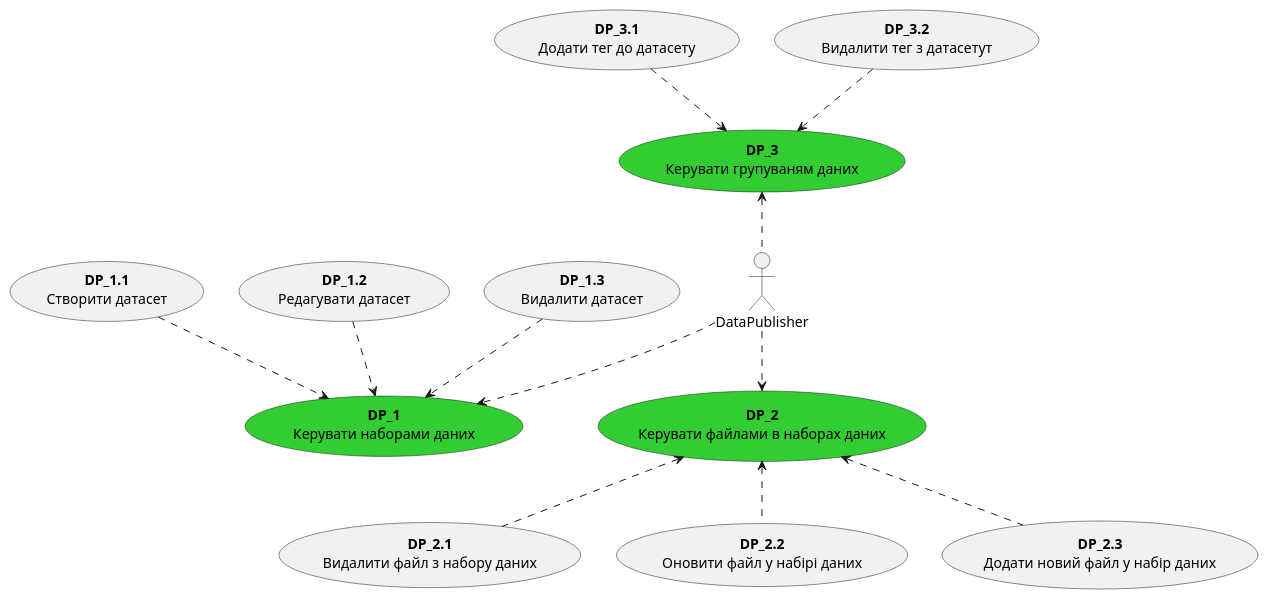
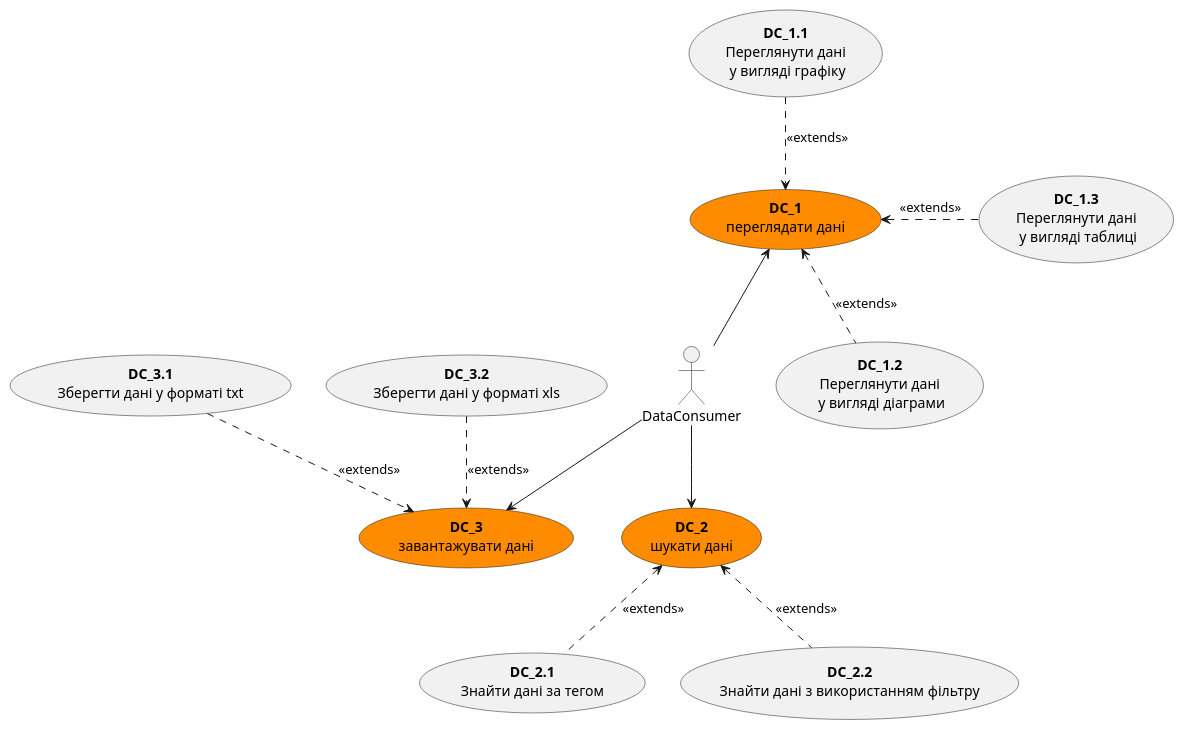
Before and after one commit to boldak/edu-db-cw: the second of 13 diagrams in docs/use cases/README.md, drawn with PlantUML. The commit also changed other lines of this file and 2 other files, not shown here.

Commit message:
files added to main readme file, all diagrams together, diagrams arrows fixed

```diff
--- a/docs/use cases/README.md
+++ b/docs/use cases/README.md
@@ -46,43 +52,40 @@
 @startuml
 
-  actor DataPublisher
+actor DataConsumer
   
-  usecase Dmanage1 as "<b>DP_1</b>\nКерувати наборами даних" #32CD32
-  usecase Dmanage1_1 as "<b>DP_1.1</b>\nСтворити датасет"
-  usecase Dmanage1_2 as "<b>DP_1.2</b>\nРедагувати датасет"
-  usecase Dmanage1_3 as "<b>DP_1.3</b>\nВидалити датасет"
+  usecase Duse1 as "<b>DC_1</b>\nпереглядати данi" #FF8C00
+  usecase Duse2 as "<b>DC_2</b>\nшукати данi" #FF8C00
+  usecase Duse3 as "<b>DC_3</b>\nзавантажувати данi" #FF8C00
+  
+  usecase Duse1_1 as "<b>DC_1.1</b>\nПереглянути дані\n у вигляді графіку"
+  usecase Duse1_2 as "<b>DC_1.2</b>\nПереглянути дані\n у вигляді діаграми"
+  usecase Duse1_3 as "<b>DC_1.3</b>\nПереглянути дані\n у вигляді таблиці"
+  
+  usecase Duse2_1 as "<b>DC_2.1</b>\nЗнайти дані за тегом"
+  usecase Duse2_2 as "<b>DC_2.2</b>\nЗнайти дані з використанням фільтру"
+  
+  usecase Duse3_1 as "<b>DC_3.1</b>\nЗберегти дані у форматі txt"
+  usecase Duse3_2 as "<b>DC_3.2</b>\nЗберегти дані у форматі xls"
+
+  
+
+  DataConsumer -u-> Duse1
+  DataConsumer -d-> Duse2
+  DataConsumer -d-> Duse3
+  
+  Duse1_1 .d.> Duse1: <<extends>>
+  Duse1_2 .u.> Duse1: <<extends>>
+  Duse1_3 .l.> Duse1: <<extends>>
+
+  Duse2_1 .u.> Duse2: <<extends>>
+  Duse2_2 .u.> Duse2: <<extends>>
+
+  Duse3_1 .d.> Duse3: <<extends>>
+  Duse3_2 .d.> Duse3: <<extends>>
 
 
 
-  usecase Dmanage2 as "<b>DP_2</b>\nКерувати файлами в наборах даних" #32CD32
-  usecase Dmanage2_1 as "<b>DP_2.1</b>\nВидалити файл з набору даних"
-  usecase Dmanage2_2 as "<b>DP_2.2</b>\nОновити файл у набірі даних"
-  usecase Dmanage2_3 as "<b>DP_2.3</b>\nДодати новий файл у набір даних"
 
-
-  usecase Dmanage3 as "<b>DP_3</b>\nКерувати групуваням даних" #32CD32
-  usecase Dmanage3_1 as "<b>DP_3.1</b>\nДодати тег до датасету"
-  usecase Dmanage3_2 as "<b>DP_3.2</b>\nВидалити тег з датасетут"
- 
-  
-
-  DataPublisher .u.> Dmanage3
-  DataPublisher .d.> Dmanage2
-  DataPublisher .d.> Dmanage1
-
-  Dmanage2_1 .u.> Dmanage2 <<extends>>
-  Dmanage2_2 .u.> Dmanage2 <<extends>>
-  Dmanage2_3 .u.> Dmanage2 <<extends>>
-
-  Dmanage3_1 .d.> Dmanage3 <<extends>>
-  Dmanage3_2 .d.> Dmanage3 <<extends>>
-
-
-  Dmanage1_1 .d.> Dmanage1 <<extends>>
-  Dmanage1_2 .d.> Dmanage1 <<extends>>
-  Dmanage1_3 .d.> Dmanage1 <<extends>>
-
-          
 
   
 @enduml
```
